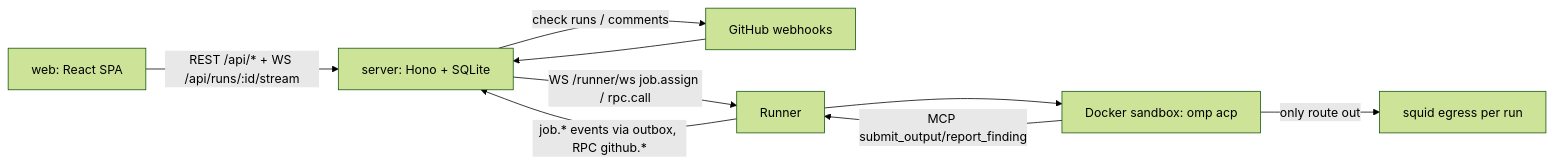
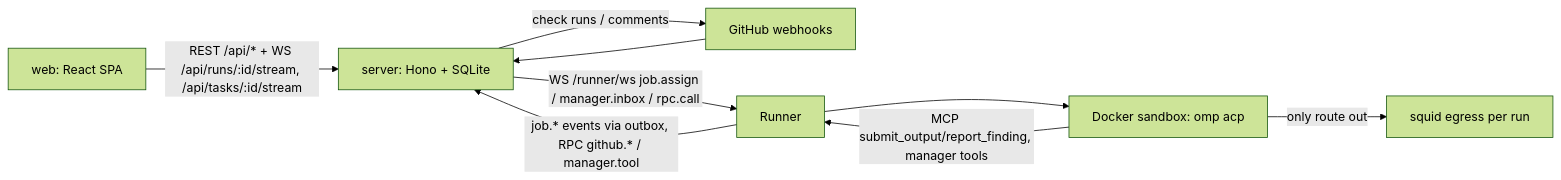
The diagram in AGENTS.md (KrKOo/agent-orchestrator), drawn with Mermaid (forest theme) before and after one commit. The commit also changed other lines of this file and 63 other files, not shown here.

````diff
--- a/AGENTS.md
+++ b/AGENTS.md
@@ -21,11 +24,11 @@
 ```mermaid
 flowchart LR
-  Web[web: React SPA] -- REST /api/* + WS /api/runs/:id/stream --> Server
+  Web[web: React SPA] -- REST /api/* + WS /api/runs/:id/stream, /api/tasks/:id/stream --> Server
   GH[GitHub webhooks] --> Server
-  Server[server: Hono + SQLite] -- WS /runner/ws job.assign / rpc.call --> Runner
-  Runner -- job.* events via outbox, RPC github.* --> Server
+  Server[server: Hono + SQLite] -- WS /runner/ws job.assign / manager.inbox / rpc.call --> Runner
+  Runner -- job.* events via outbox, RPC github.* / manager.tool --> Server
   Runner --> Sandbox[Docker sandbox: omp acp]
-  Sandbox -- MCP submit_output/report_finding --> Runner
+  Sandbox -- MCP submit_output/report_finding, manager tools --> Runner
   Sandbox -- only route out --> Egress[squid egress per run]
   Server -- check runs / comments --> GH
 ```
````
